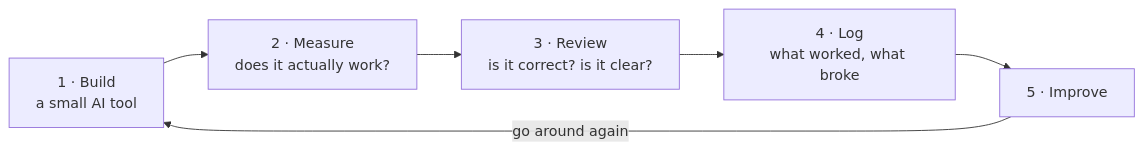
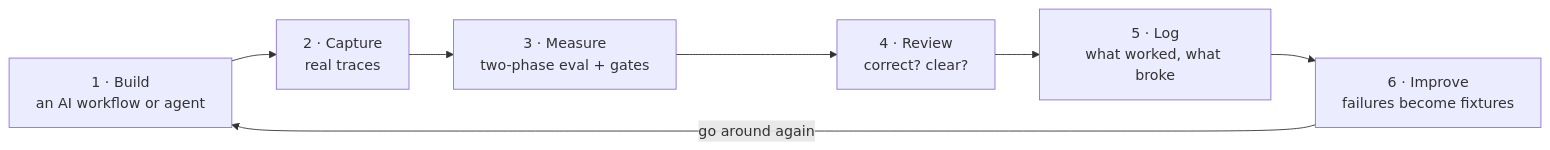
One commit to richardan01/AIPM-OS changed the diagram in README.md. Above: the diagram before and after it, drawn with Mermaid. The commit also changed other lines of this file and 26 other files, not shown here.

First line of the commit message:
Add agent-harness suite: two-phase agentic trajectory eval + harness adapters (#20)

````diff
--- a/README.md
+++ b/README.md
@@ -30,8 +91,9 @@
 ```mermaid
 flowchart LR
-    A["1 · Build<br/>a small AI tool"] --> B["2 · Measure<br/>does it actually work?"]
-    B --> C["3 · Review<br/>is it correct? is it clear?"]
-    C --> D["4 · Log<br/>what worked, what broke"]
-    D --> E["5 · Improve"]
-    E -->|"go around again"| A
+    A["1 · Build<br/>an AI workflow or agent"] --> B["2 · Capture<br/>real traces"]
+    B --> C["3 · Measure<br/>two-phase eval + gates"]
+    C --> D["4 · Review<br/>correct? clear?"]
+    D --> E["5 · Log<br/>what worked, what broke"]
+    E --> F["6 · Improve<br/>failures become fixtures"]
+    F -->|"go around again"| A
 ```
````
